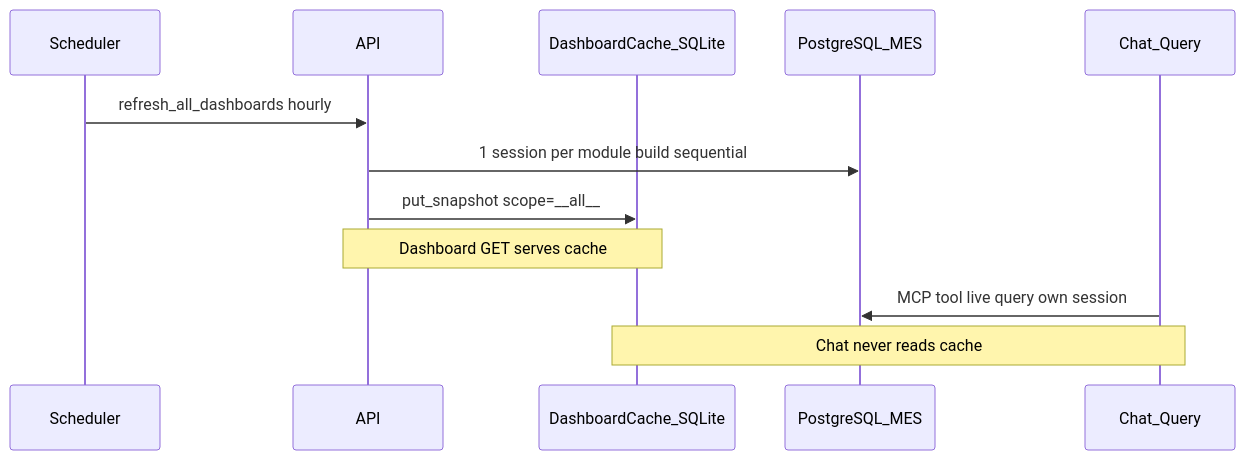
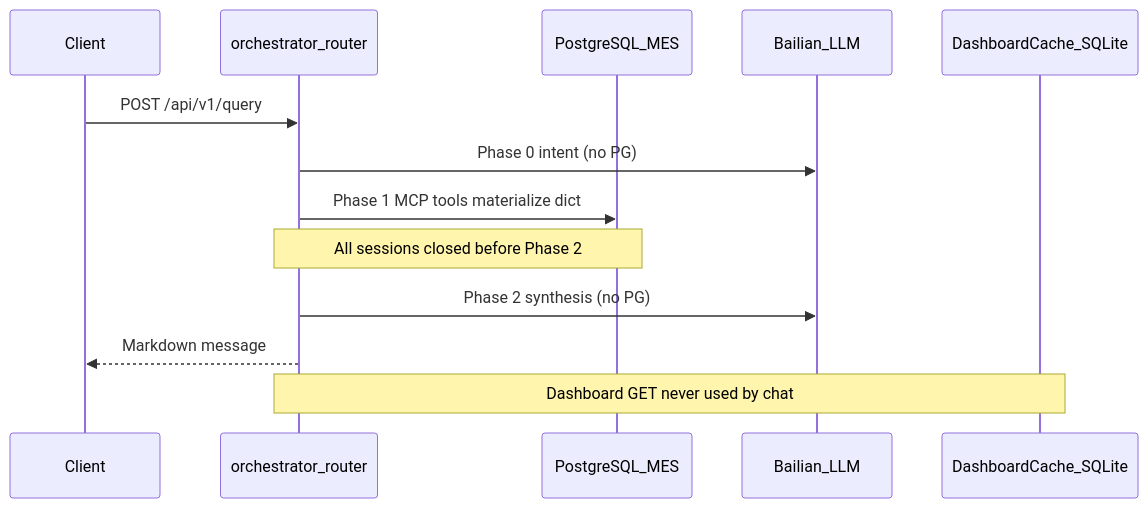
The diagram in docs/all-connections.md (Neutron-Ltd/aimes), drawn with Mermaid before and after one commit. The commit also changed other lines of this file and 12 other files, not shown here.

First line of the commit message:
fix(db): stop leaking idle PostgreSQL connections

````diff
--- a/docs/all-connections.md
+++ b/docs/all-connections.md
@@ -35,17 +37,17 @@
 ```mermaid
 sequenceDiagram
-  participant Scheduler
-  participant API
+  participant Client
+  participant Router as orchestrator_router
+  participant PG as PostgreSQL_MES
+  participant Bailian as Bailian_LLM
   participant SQLite as DashboardCache_SQLite
-  participant PG as PostgreSQL_MES
-  participant Chat as Chat_Query
 
-  Scheduler->>API: refresh_all_dashboards hourly
-  API->>PG: 1 session per module build sequential
-  API->>SQLite: put_snapshot scope=__all__
+  Client->>Router: POST /api/v1/query
+  Router->>Bailian: Phase 0 intent (no PG)
+  Router->>PG: Phase 1 MCP tools materialize dict
+  Note over Router,PG: All sessions closed before Phase 2
+  Router->>Bailian: Phase 2 synthesis (no PG)
+  Router-->>Client: Markdown message
 
-  Note over API,SQLite: Dashboard GET serves cache
-
-  Chat->>PG: MCP tool live query own session
-  Note over Chat,SQLite: Chat never reads cache
+  Note over Router,SQLite: Dashboard GET never used by chat
 ```
````
